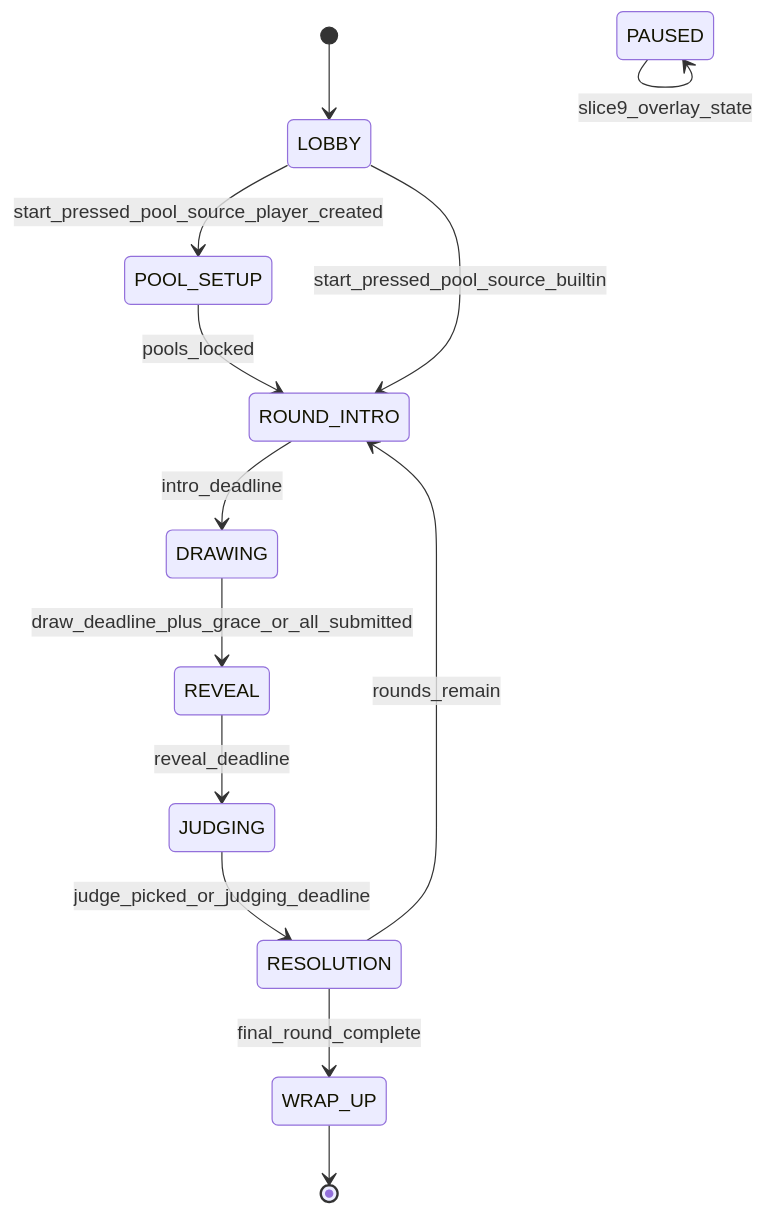
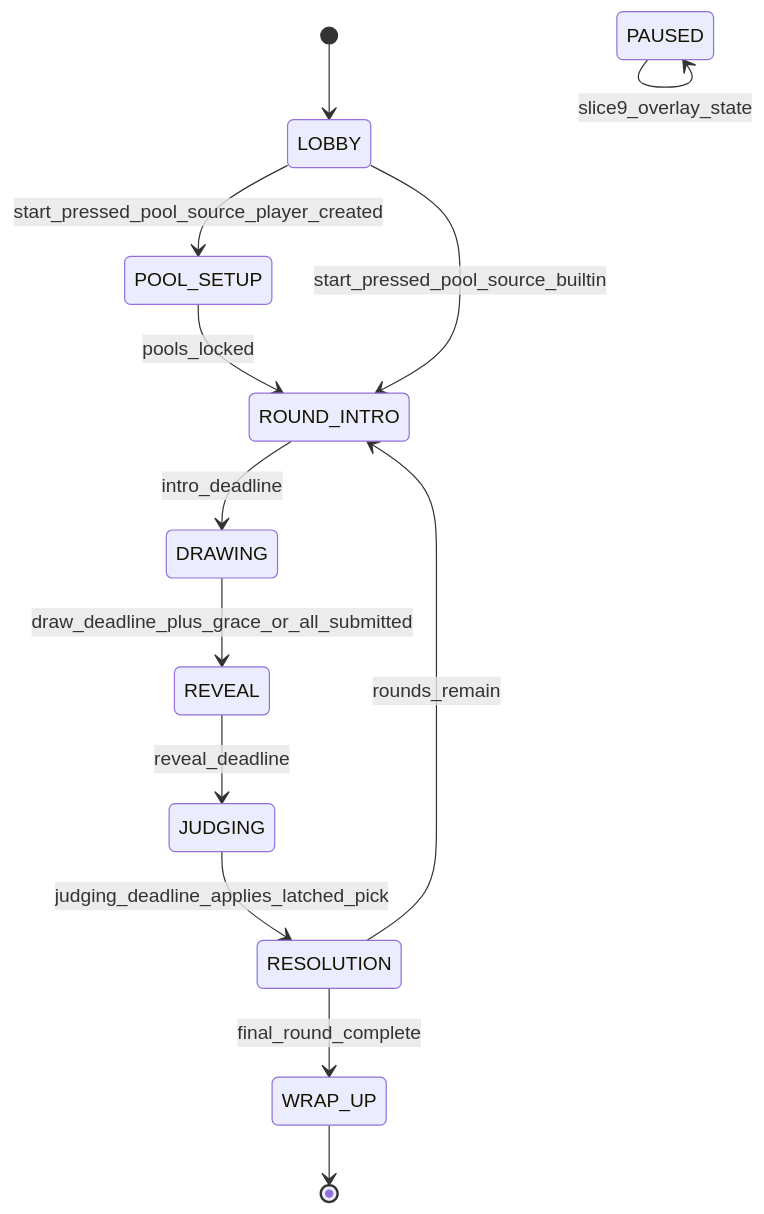
One commit to Capt-Sunbeam/Animalquickdraw changed the diagram in TDD/03-core-round-loop.md. Above: the diagram before and after it, drawn with Mermaid. The commit also changed other lines of this file and 26 other files, not shown here.

````diff
--- a/TDD/03-core-round-loop.md
+++ b/TDD/03-core-round-loop.md
@@ -242,15 +244,15 @@
 ```mermaid
 stateDiagram-v2
     [*] --> LOBBY
     LOBBY --> POOL_SETUP: start_pressed_pool_source_player_created
     LOBBY --> ROUND_INTRO: start_pressed_pool_source_builtin
     POOL_SETUP --> ROUND_INTRO: pools_locked
     ROUND_INTRO --> DRAWING: intro_deadline
     DRAWING --> REVEAL: draw_deadline_plus_grace_or_all_submitted
     REVEAL --> JUDGING: reveal_deadline
-    JUDGING --> RESOLUTION: judge_picked_or_judging_deadline
+    JUDGING --> RESOLUTION: judging_deadline_applies_latched_pick
     RESOLUTION --> ROUND_INTRO: rounds_remain
     RESOLUTION --> WRAP_UP: final_round_complete
     WRAP_UP --> [*]
     PAUSED --> PAUSED: slice9_overlay_state
 ```
````
